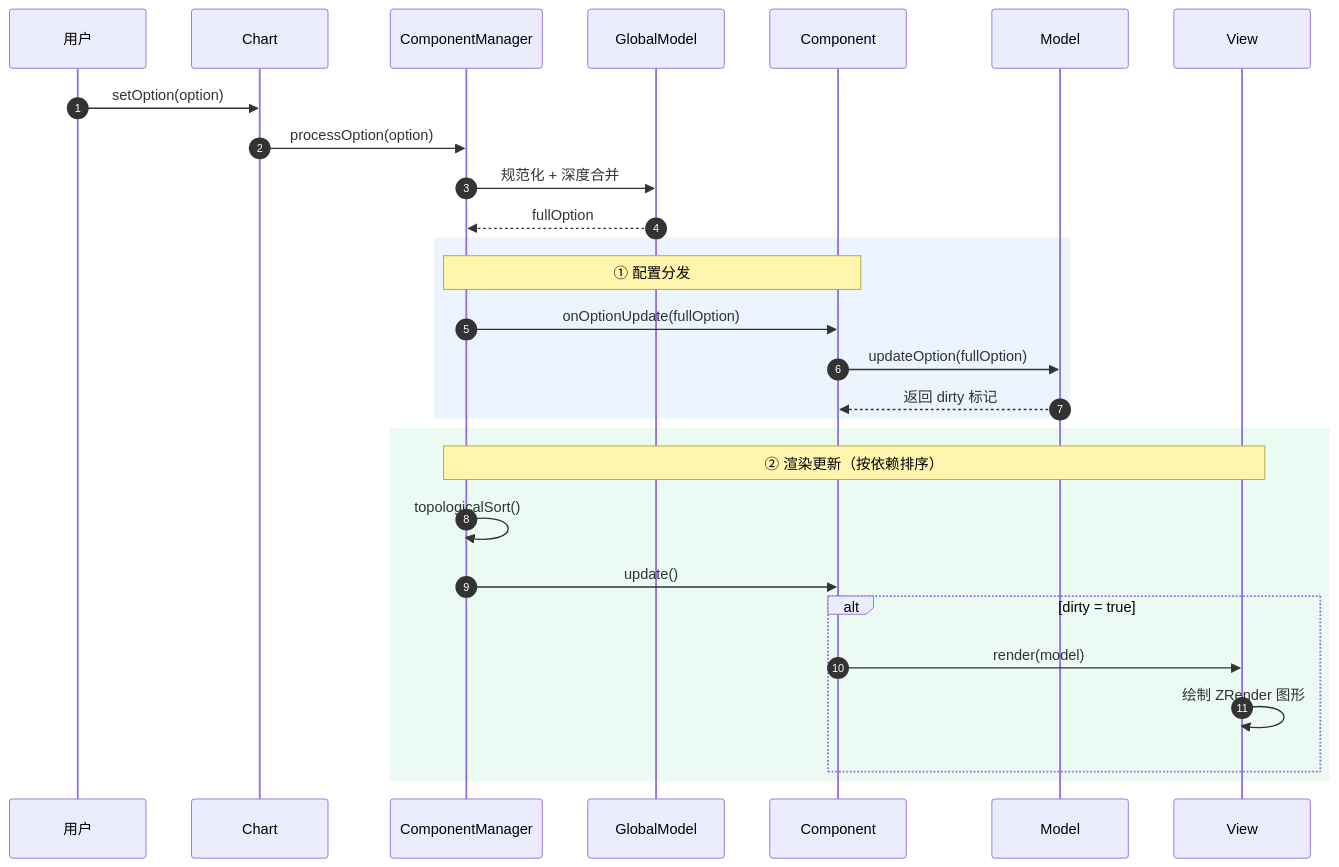
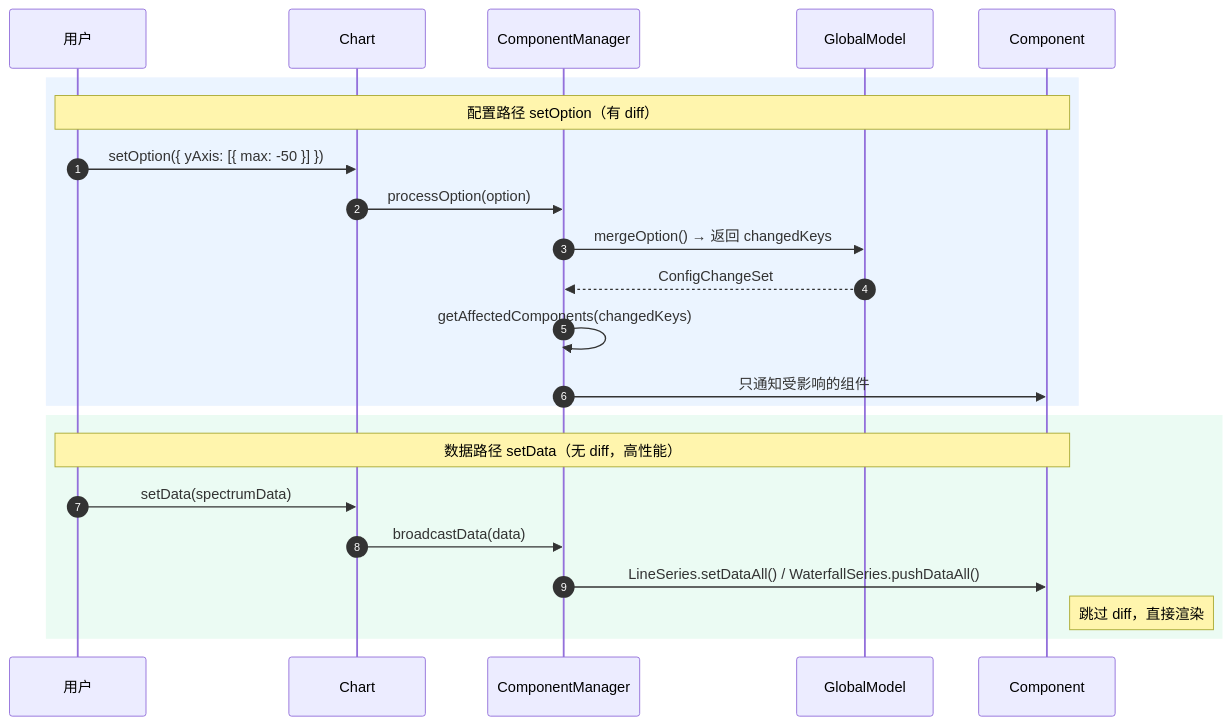
Before and after one commit to MIEnchating/signal-chart: the second of 2 diagrams in CONTRIBUTING.md, drawn with Mermaid. The commit also changed other lines of this file and 44 other files, not shown here.

First line of the commit message:
feat: 添加瀑布图组件及相关测试

````diff
--- a/CONTRIBUTING.md
+++ b/CONTRIBUTING.md
@@ -61,33 +64,27 @@
 ```mermaid
 sequenceDiagram
   autonumber
   participant U as 用户
   participant C as Chart
   participant CM as ComponentManager
   participant GM as GlobalModel
   participant Comp as Component
-  participant M as Model
-  participant V as View
-
-  U->>C: setOption(option)
-  C->>CM: processOption(option)
-  CM->>GM: 规范化 + 深度合并
-  GM-->>CM: fullOption
 
   rect rgba(0, 120, 255, 0.08)
-    Note over CM, Comp: ① 配置分发
-    CM->>Comp: onOptionUpdate(fullOption)
-    Comp->>M: updateOption(fullOption)
-    M-->>Comp: 返回 dirty 标记
+    Note over U, Comp: 配置路径 setOption（有 diff）
+    U->>C: setOption({ yAxis: [{ max: -50 }] })
+    C->>CM: processOption(option)
+    CM->>GM: mergeOption() → 返回 changedKeys
+    GM-->>CM: ConfigChangeSet
+    CM->>CM: getAffectedComponents(changedKeys)
+    CM->>Comp: 只通知受影响的组件
   end
 
   rect rgba(0, 200, 100, 0.08)
-    Note over CM, V: ② 渲染更新（按依赖排序）
-    CM->>CM: topologicalSort()
-    CM->>Comp: update()
-    alt dirty = true
-      Comp->>V: render(model)
-      V->>V: 绘制 ZRender 图形
-    end
+    Note over U, Comp: 数据路径 setData（无 diff，高性能）
+    U->>C: setData(spectrumData)
+    C->>CM: broadcastData(data)
+    CM->>Comp: LineSeries.setDataAll() / WaterfallSeries.pushDataAll()
+    Note right of Comp: 跳过 diff，直接渲染
   end
 ```
````
